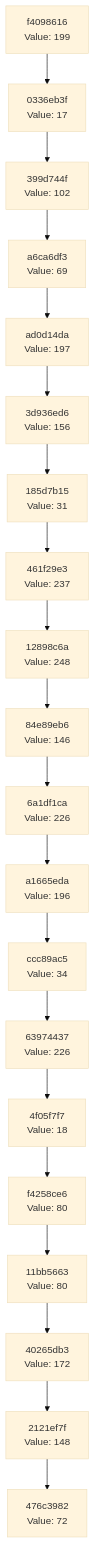
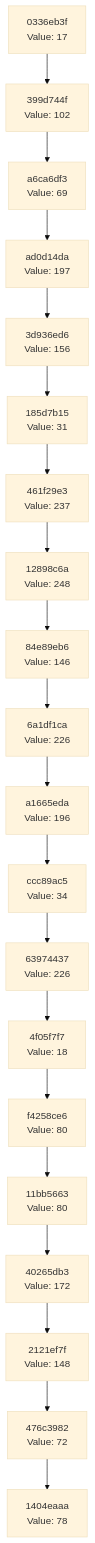
The diagram in docs/CHAIN_VISUALIZATION.md (Abhisheksinha1506/hash-chain-evolver), drawn with Mermaid (base theme) before and after one commit. The commit also changed 2 other files, not shown here.

Commit message:
Evolution Step

````diff
--- a/docs/CHAIN_VISUALIZATION.md
+++ b/docs/CHAIN_VISUALIZATION.md
@@ -3,42 +3,42 @@
 ```mermaid
 graph TD
-    C0["476c3982<br/>Value: 72"]
-    C1["2121ef7f<br/>Value: 148"]
+    C0["1404eaaa<br/>Value: 78"]
+    C1["476c3982<br/>Value: 72"]
     C1 --> C0
-    C2["40265db3<br/>Value: 172"]
+    C2["2121ef7f<br/>Value: 148"]
     C2 --> C1
-    C3["11bb5663<br/>Value: 80"]
+    C3["40265db3<br/>Value: 172"]
     C3 --> C2
-    C4["f4258ce6<br/>Value: 80"]
+    C4["11bb5663<br/>Value: 80"]
     C4 --> C3
-    C5["4f05f7f7<br/>Value: 18"]
+    C5["f4258ce6<br/>Value: 80"]
     C5 --> C4
-    C6["63974437<br/>Value: 226"]
+    C6["4f05f7f7<br/>Value: 18"]
     C6 --> C5
-    C7["ccc89ac5<br/>Value: 34"]
+    C7["63974437<br/>Value: 226"]
     C7 --> C6
-    C8["a1665eda<br/>Value: 196"]
+    C8["ccc89ac5<br/>Value: 34"]
     C8 --> C7
-    C9["6a1df1ca<br/>Value: 226"]
+    C9["a1665eda<br/>Value: 196"]
     C9 --> C8
-    C10["84e89eb6<br/>Value: 146"]
+    C10["6a1df1ca<br/>Value: 226"]
     C10 --> C9
-    C11["12898c6a<br/>Value: 248"]
+    C11["84e89eb6<br/>Value: 146"]
     C11 --> C10
-    C12["461f29e3<br/>Value: 237"]
+    C12["12898c6a<br/>Value: 248"]
     C12 --> C11
-    C13["185d7b15<br/>Value: 31"]
+    C13["461f29e3<br/>Value: 237"]
     C13 --> C12
-    C14["3d936ed6<br/>Value: 156"]
+    C14["185d7b15<br/>Value: 31"]
     C14 --> C13
-    C15["ad0d14da<br/>Value: 197"]
+    C15["3d936ed6<br/>Value: 156"]
     C15 --> C14
-    C16["a6ca6df3<br/>Value: 69"]
+    C16["ad0d14da<br/>Value: 197"]
     C16 --> C15
-    C17["399d744f<br/>Value: 102"]
+    C17["a6ca6df3<br/>Value: 69"]
     C17 --> C16
-    C18["0336eb3f<br/>Value: 17"]
+    C18["399d744f<br/>Value: 102"]
     C18 --> C17
-    C19["f4098616<br/>Value: 199"]
+    C19["0336eb3f<br/>Value: 17"]
     C19 --> C18
 ```
````
